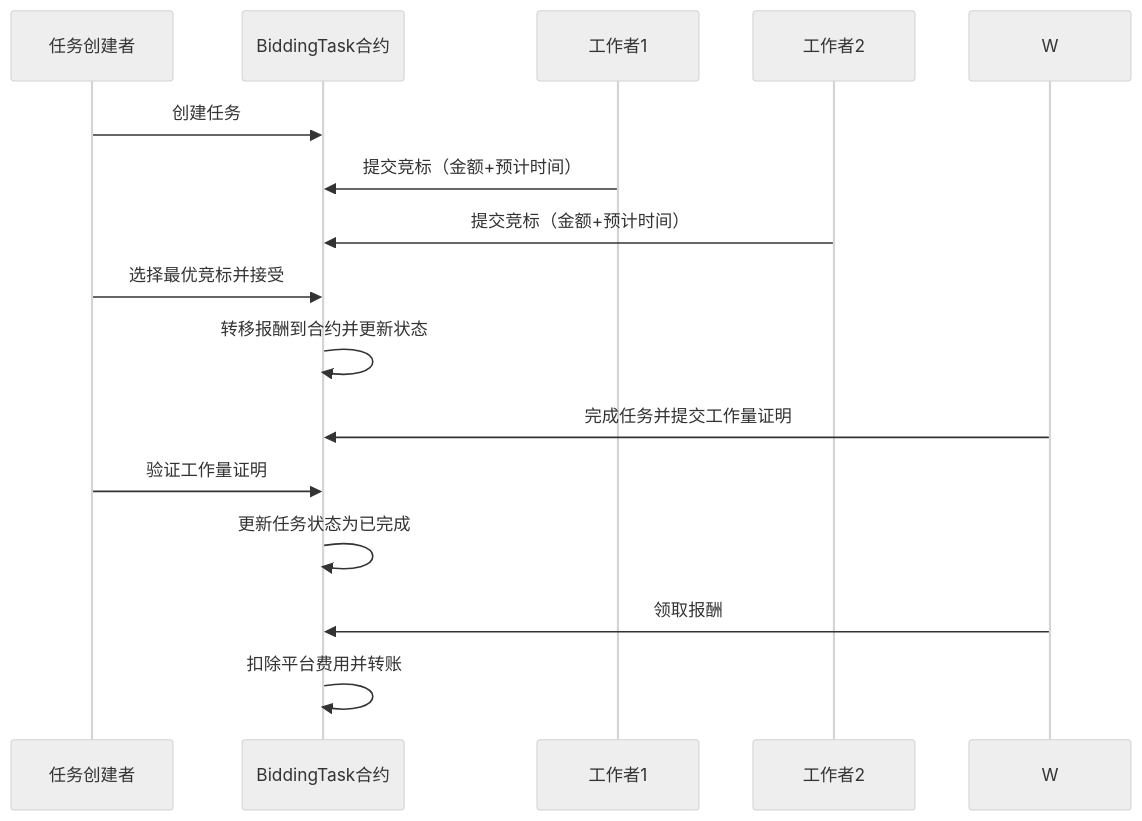
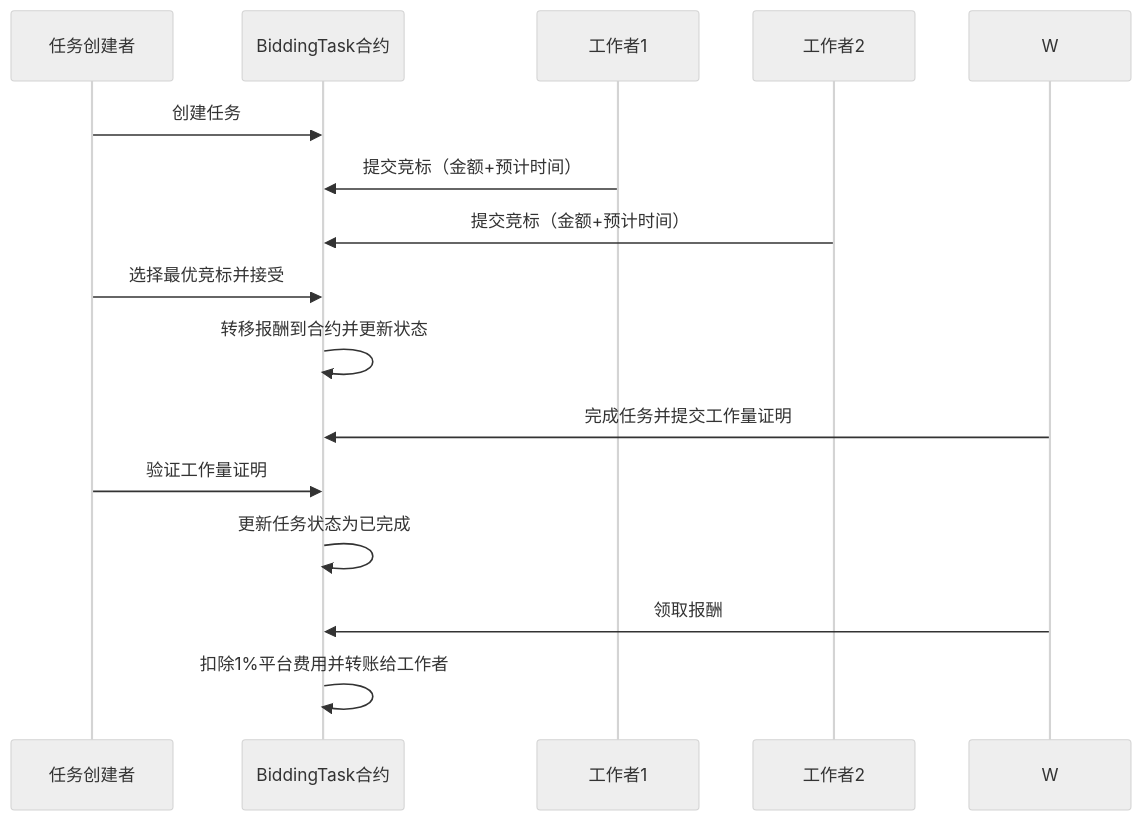
One commit to KamisAyaka/crowdsourcing changed the third of 5 diagrams in README.md. Above: the diagram before and after it, drawn with Mermaid (neutral theme). The commit also changed other lines of this file and 3 other files, not shown here.

````diff
--- a/README.md
+++ b/README.md
@@ -207,18 +91,18 @@
 ```mermaid
 sequenceDiagram
     participant C as 任务创建者
     participant T as BiddingTask合约
     participant W1 as 工作者1
     participant W2 as 工作者2
 
     C->>T: 创建任务
     W1->>T: 提交竞标（金额+预计时间）
     W2->>T: 提交竞标（金额+预计时间）
     C->>T: 选择最优竞标并接受
     T->>T: 转移报酬到合约并更新状态
     W->>T: 完成任务并提交工作量证明
     C->>T: 验证工作量证明
     T->>T: 更新任务状态为已完成
     W->>T: 领取报酬
-    T->>T: 扣除平台费用并转账
+    T->>T: 扣除1%平台费用并转账给工作者
 ```
````
